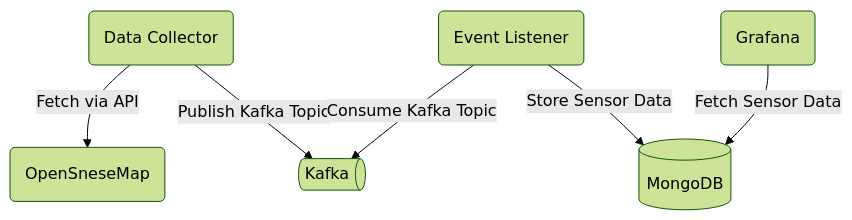
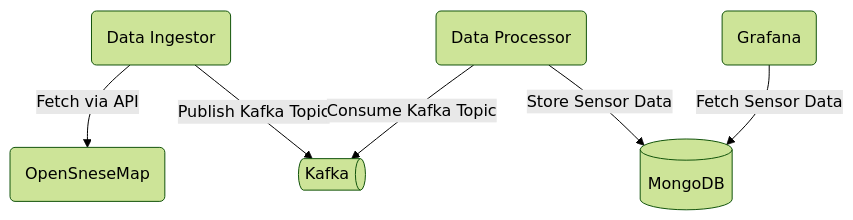
Before and after one commit to sammy11111/kafka-iot: the diagram in architecture/system-context.mmd, drawn with Mermaid (forest theme). The commit also changed 1 other file, not shown here.

```diff
--- a/architecture/system-context.mmd
+++ b/architecture/system-context.mmd
@@ -1,13 +1,13 @@
 flowchart TD
     OS(OpenSneseMap)
-    DC(Data Collector)
+    DC(Data Ingestor)
     KK@{shape: das, label: "Kafka"}
-    EL(Event Listener)
+    EL(Data Processor)
     DB[(MongoDB)]
     GN(Grafana)
 
     DC-->|Fetch via API|OS
     DC-->|Publish Kafka Topic|KK
     EL-->|Consume Kafka Topic|KK
     EL-->|Store Sensor Data|DB
     GN-->|Fetch Sensor Data|DB
```
